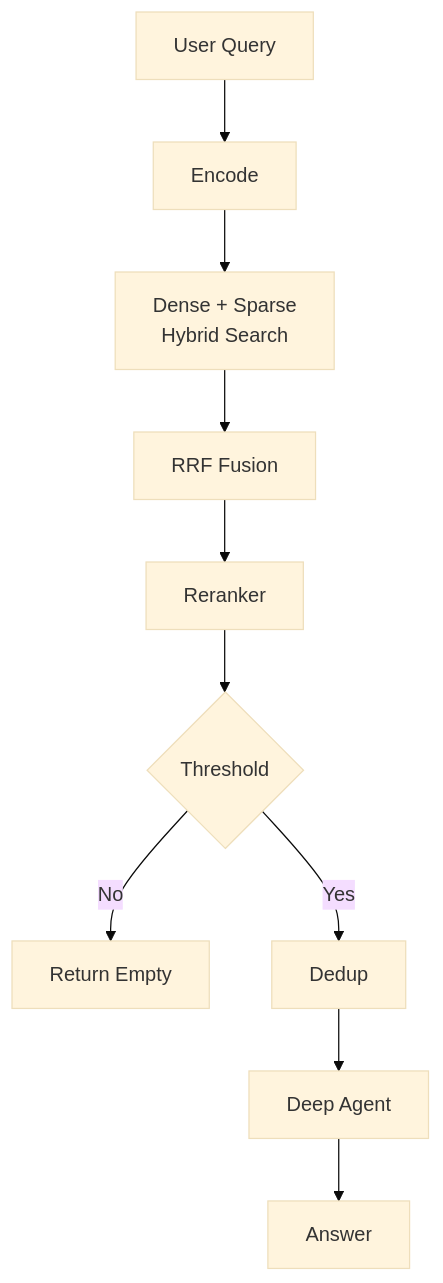
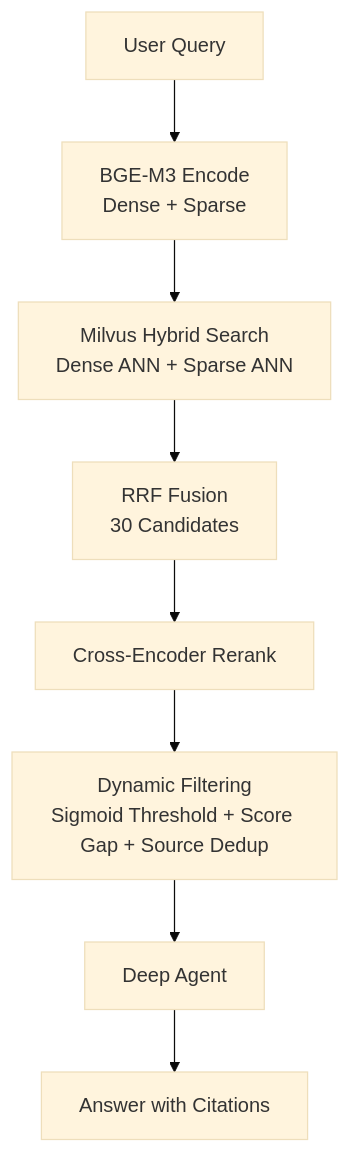
The second of 2 diagrams in README.md (lg114/RagMate), drawn with Mermaid (base theme) before and after one commit. The commit also changed other lines of this file and 1 other file, not shown here.

First line of the commit message:
Update README: hybrid search, ingest & settings

````diff
--- a/README.md
+++ b/README.md
@@ -44,12 +45,10 @@
 ```mermaid
 flowchart TD
-    Q[User Query] --> E[Encode]
-    E --> S[Dense + Sparse\nHybrid Search]
-    S --> RRF[RRF Fusion]
-    RRF --> RC[Reranker]
-    RC --> TH{Threshold}
-    TH -- No --> EMPTY[Return Empty]
-    TH -- Yes --> DD[Dedup]
-    DD --> LLM[Deep Agent]
-    LLM --> ANS[Answer]
+    Q[User Query] --> E[BGE-M3 Encode\nDense + Sparse]
+    E --> S[Milvus Hybrid Search\nDense ANN + Sparse ANN]
+    S --> RRF[RRF Fusion\n30 Candidates]
+    RRF --> RC[Cross-Encoder Rerank]
+    RC --> DF[Dynamic Filtering\nSigmoid Threshold + Score Gap + Source Dedup]
+    DF --> LLM[Deep Agent]
+    LLM --> ANS[Answer with Citations]
 ```
````
